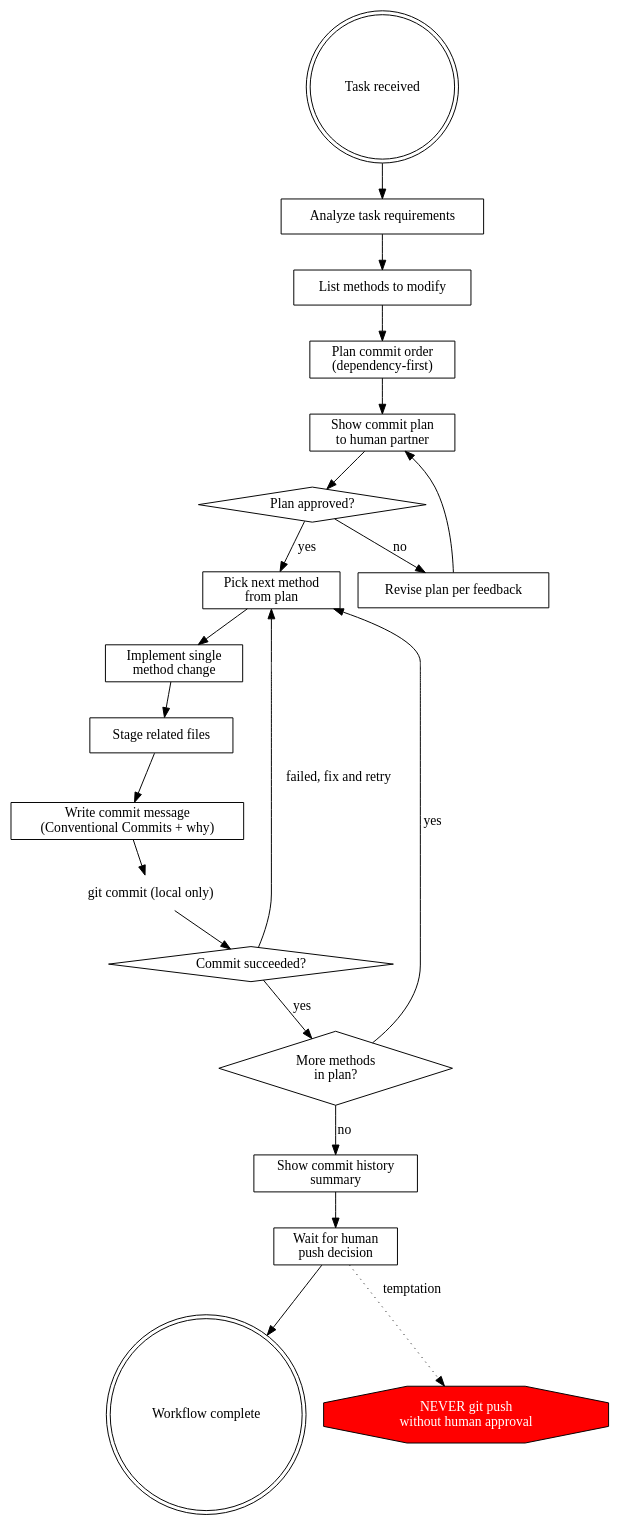
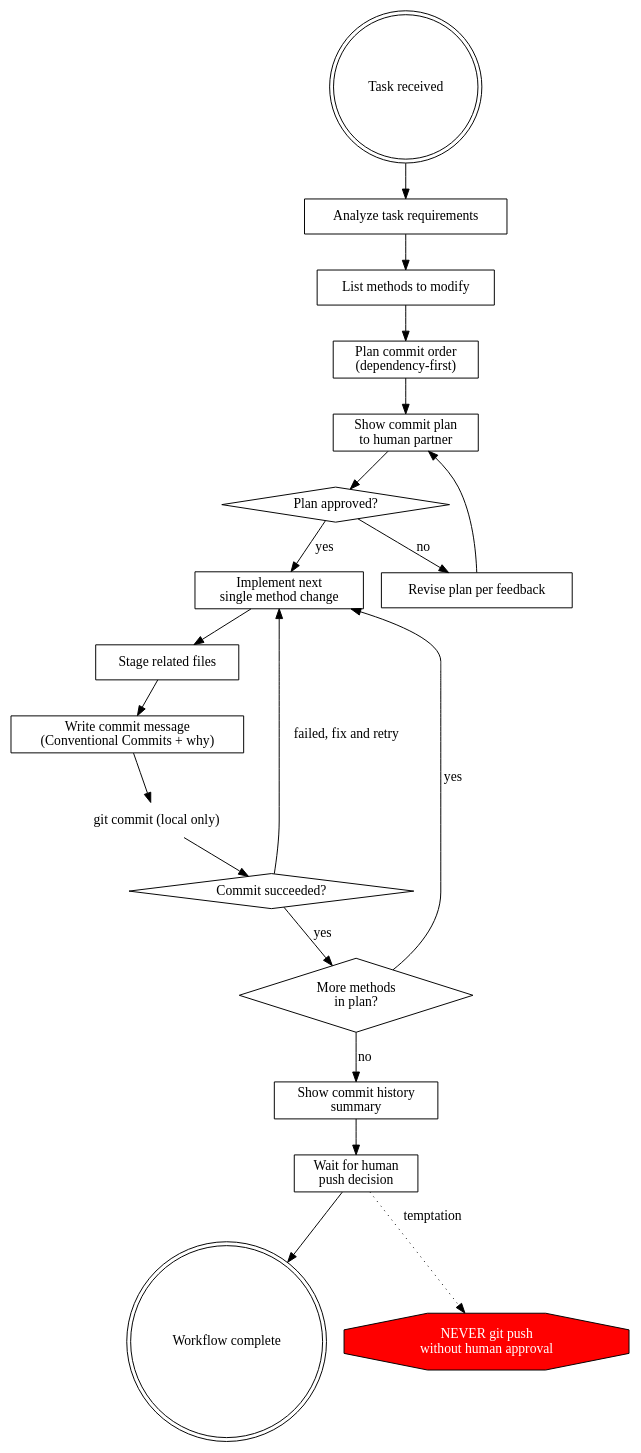
The diagram in SKILL.md (Chao-Shiun/incremental-commit-workflow), drawn with Graphviz before and after one commit. The commit also changed 3 other files, not shown here.

First line of the commit message:
refactor: simplify workflow diagram and add MIT license

````diff
--- a/SKILL.md
+++ b/SKILL.md
@@ -51,50 +51,48 @@
 ```dot
 digraph incremental_commit {
     rankdir=TB;
 
     start [label="Task received", shape=doublecircle];
     analyze [label="Analyze task requirements", shape=box];
     list_methods [label="List methods to modify", shape=box];
     plan_order [label="Plan commit order\n(dependency-first)", shape=box];
     show_plan [label="Show commit plan\nto human partner", shape=box];
     approved [label="Plan approved?", shape=diamond];
     revise [label="Revise plan per feedback", shape=box];
 
-    pick_next [label="Pick next method\nfrom plan", shape=box];
-    implement [label="Implement single\nmethod change", shape=box];
+    implement [label="Implement next\nsingle method change", shape=box];
     stage [label="Stage related files", shape=box];
     write_msg [label="Write commit message\n(Conventional Commits + why)", shape=box];
     commit_local [label="git commit (local only)", shape=plaintext];
     verify [label="Commit succeeded?", shape=diamond];
     more [label="More methods\nin plan?", shape=diamond];
 
     show_log [label="Show commit history\nsummary", shape=box];
     wait_push [label="Wait for human\npush decision", shape=box];
     done [label="Workflow complete", shape=doublecircle];
 
     never_push [label="NEVER git push\nwithout human approval", shape=octagon, style=filled, fillcolor=red, fontcolor=white];
 
     start -> analyze;
     analyze -> list_methods;
     list_methods -> plan_order;
     plan_order -> show_plan;
     show_plan -> approved;
-    approved -> pick_next [label="yes"];
+    approved -> implement [label="yes"];
     approved -> revise [label="no"];
     revise -> show_plan;
 
-    pick_next -> implement;
     implement -> stage;
     stage -> write_msg;
     write_msg -> commit_local;
     commit_local -> verify;
     verify -> more [label="yes"];
-    verify -> pick_next [label="failed, fix and retry"];
-    more -> pick_next [label="yes"];
+    verify -> implement [label="failed, fix and retry"];
+    more -> implement [label="yes"];
     more -> show_log [label="no"];
 
     show_log -> wait_push;
     wait_push -> done;
     wait_push -> never_push [style=dotted, label="temptation"];
 }
 ```
````
